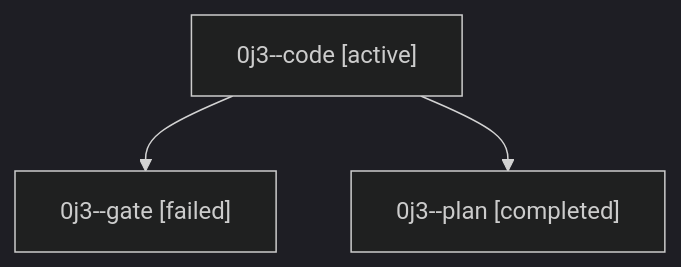
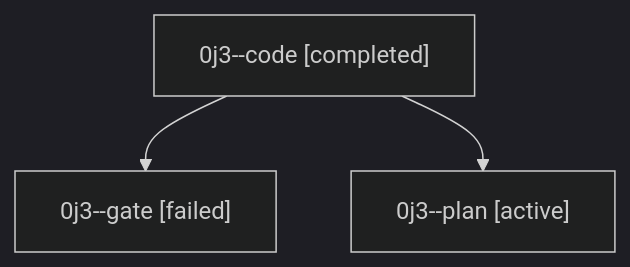
Before and after one commit to sase-org/sase--agents: the diagram in families/bbugyi200.athena.0j3.md, drawn with Mermaid (dark theme). The commit also changed other lines of this file and 35830 other files, not shown here.

````diff
--- a/families/bbugyi200.athena.0j3.md
+++ b/families/bbugyi200.athena.0j3.md
@@ -9,8 +9,8 @@
 ```mermaid
 flowchart TD
-  n0["0j3--code [active]"]
+  n0["0j3--code [completed]"]
   n1["0j3--gate [failed]"]
   n0 --> n1
-  n2["0j3--plan [completed]"]
+  n2["0j3--plan [active]"]
   n0 --> n2
 ```
````
